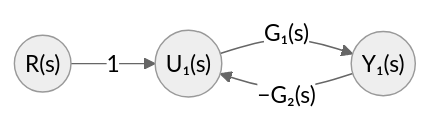
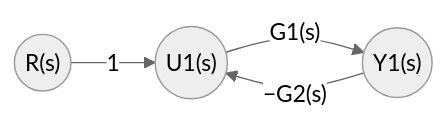
Before and after one commit to Choroning/25Fall_Neural-Network-Control-Systems: the third of 14 diagrams in Lecture-Notes/Week06_Control-System-Modeling-III/Concepts_Lecture.ko.md, drawn with Mermaid (neutral theme). The commit also changed other lines of this file and 25 other files, not shown here.

````diff
--- a/Lecture-Notes/Week06_Control-System-Modeling-III/Concepts_Lecture.ko.md
+++ b/Lecture-Notes/Week06_Control-System-Modeling-III/Concepts_Lecture.ko.md
@@ -102,6 +102,6 @@
 ```mermaid
 flowchart LR
-  R(("R(s)")) -->|"1"| U1(("U₁(s)"))
-  U1 -->|"G₁(s)"| Y1(("Y₁(s)"))
-  Y1 -->|"−G₂(s)"| U1
+  R(("R(s)")) -->|"1"| U1(("U1(s)"))
+  U1 -->|"G1(s)"| Y1(("Y1(s)"))
+  Y1 -->|"−G2(s)"| U1
 ```
````
